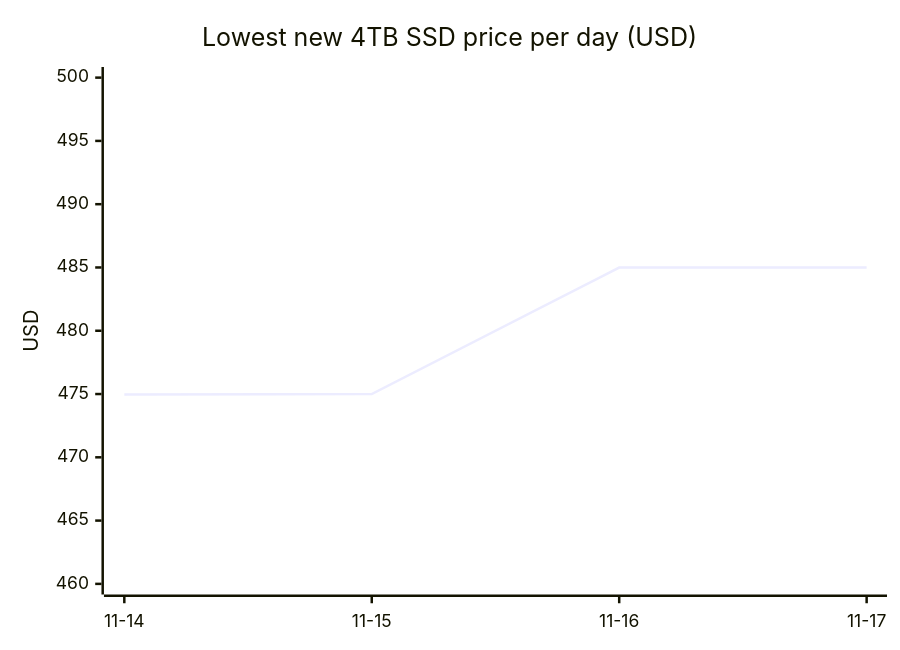
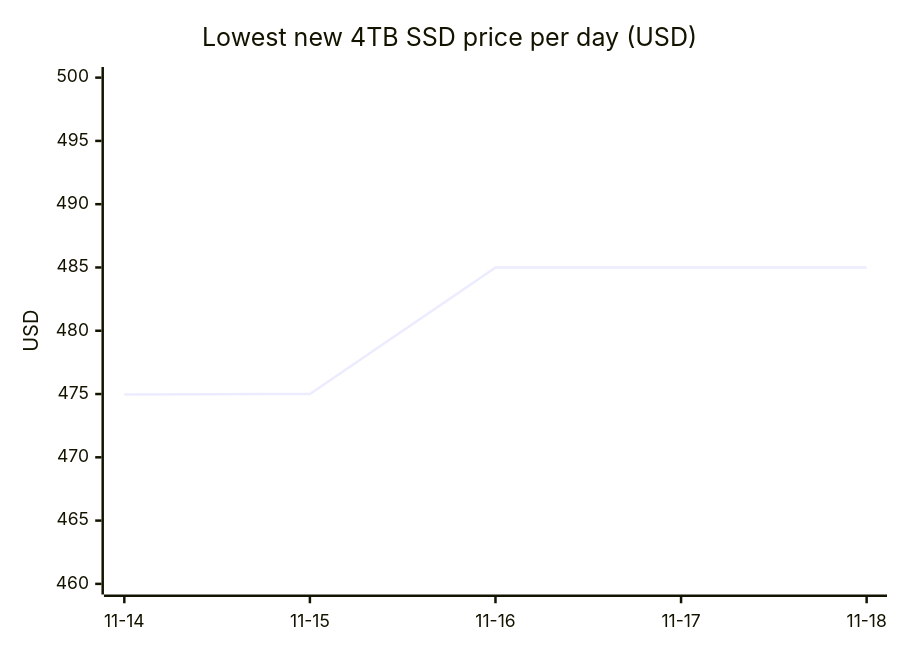
One commit to 7324136828/4tb_ssd_price_watch changed the first of 18 diagrams in README.md. Above: the diagram before and after it, drawn with Mermaid. The commit also changed other lines of this file, not shown here.

````diff
--- a/README.md
+++ b/README.md
@@ -81,7 +81,7 @@
 ```mermaid
 xychart-beta
     title "Lowest new 4TB SSD price per day (USD)"
-    x-axis ["11-14", "11-15", "11-16", "11-17"]
+    x-axis ["11-14", "11-15", "11-16", "11-17", "11-18"]
     y-axis "USD" 460 --> 500
-    line [474.97, 475.00, 484.99, 484.99]
+    line [474.97, 475.00, 484.99, 484.99, 484.99]
 ```
````
